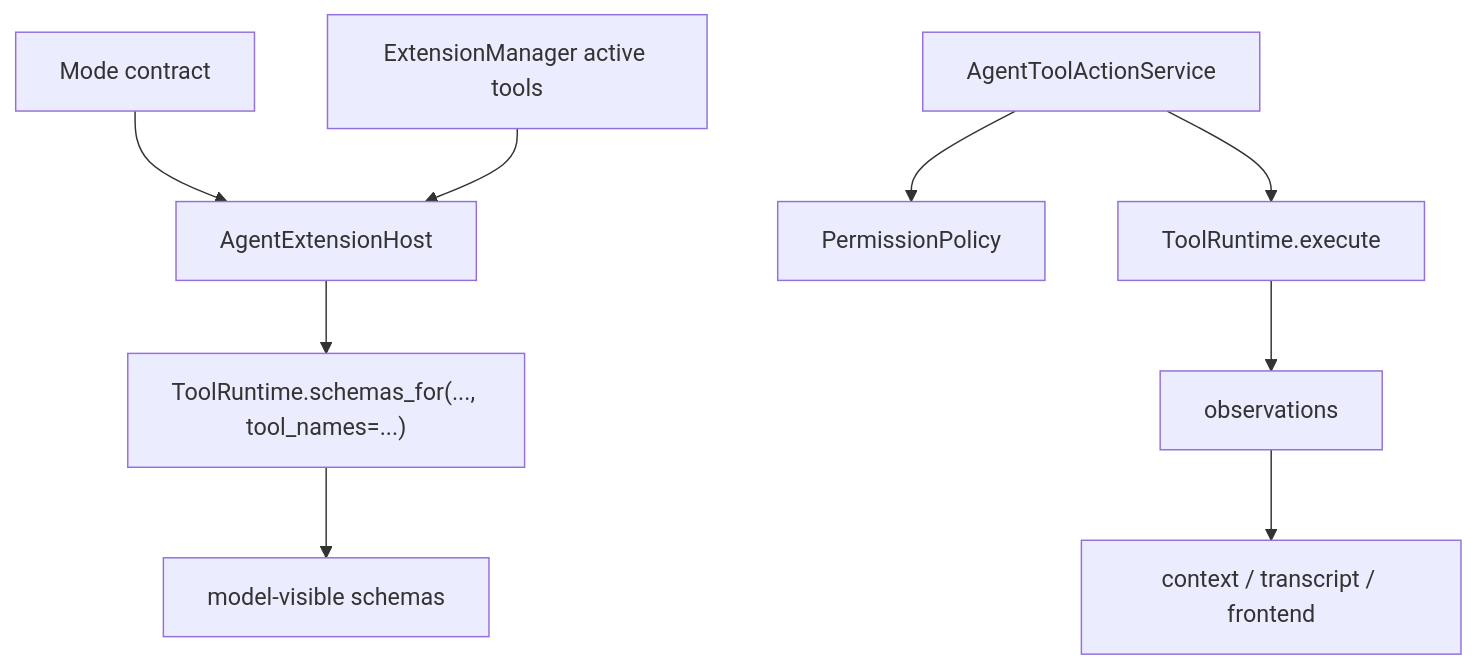
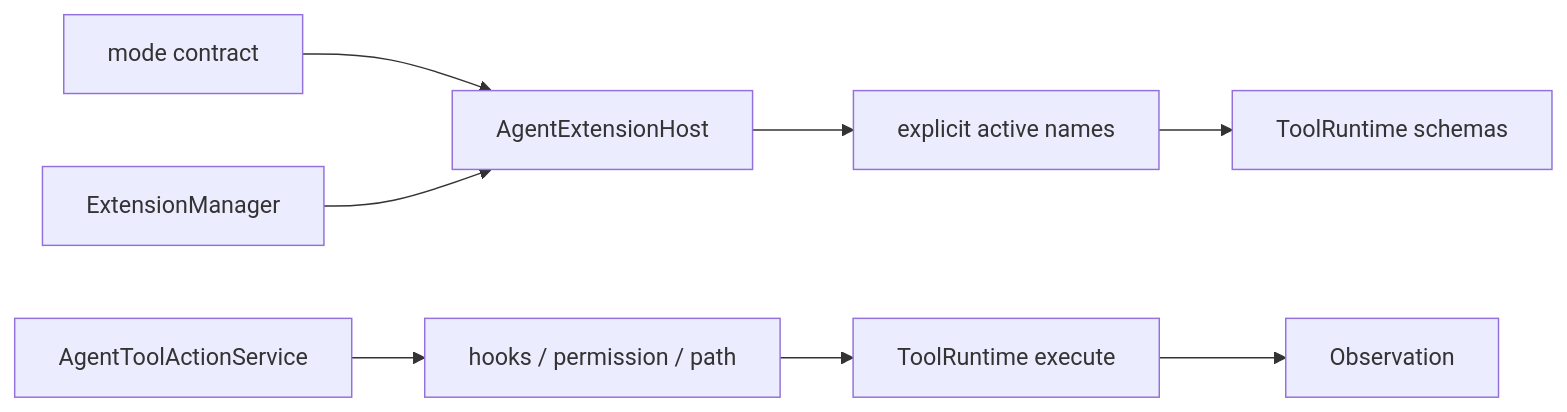
Before and after one commit to czh869452912/ccode-win7: the diagram in docs/platform/tools-and-extensions.md, drawn with Mermaid. The commit also changed other lines of this file and 42 other files, not shown here.

Commit message:
docs: converge current architecture authorities

````diff
--- a/docs/platform/tools-and-extensions.md
+++ b/docs/platform/tools-and-extensions.md
@@ -75,11 +64,10 @@
 ```mermaid
-flowchart TD
-    A["Mode contract"] --> B["AgentExtensionHost"]
-    C["ExtensionManager active tools"] --> B
-    B --> D["ToolRuntime.schemas_for(..., tool_names=...)"]
-    D --> E["model-visible schemas"]
-    F["AgentToolActionService"] --> G["PermissionPolicy"]
-    F --> H["ToolRuntime.execute"]
-    H --> I["observations"]
-    I --> J["context / transcript / frontend"]
+flowchart LR
+    A["mode contract"] --> B["AgentExtensionHost"]
+    C["ExtensionManager"] --> B
+    B --> D["explicit active names"]
+    D --> E["ToolRuntime schemas"]
+    F["AgentToolActionService"] --> G["hooks / permission / path"]
+    G --> H["ToolRuntime execute"]
+    H --> I["Observation"]
 ```
````
